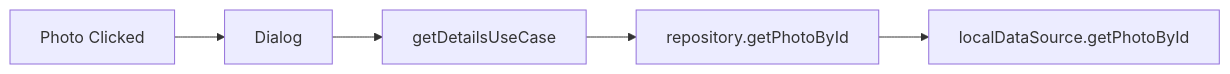
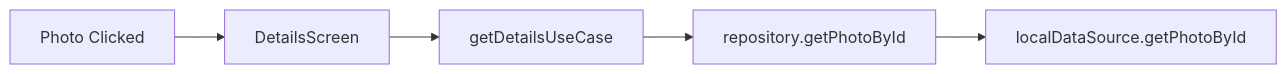
Before and after one commit to minafkamel/Splash: the third of 3 diagrams in README.md, drawn with Mermaid. The commit also changed other lines of this file and 5 other files, not shown here.

````diff
--- a/README.md
+++ b/README.md
@@ -205,6 +213,6 @@
 ```mermaid 
 graph LR
-A[Photo Clicked] --> B[Dialog] --> C[getDetailsUseCase] --> D[repository.getPhotoById] 
+A[Photo Clicked] --> B[DetailsScreen] --> C[getDetailsUseCase] --> D[repository.getPhotoById] 
 --> E[localDataSource.getPhotoById]
 
 ```
````
